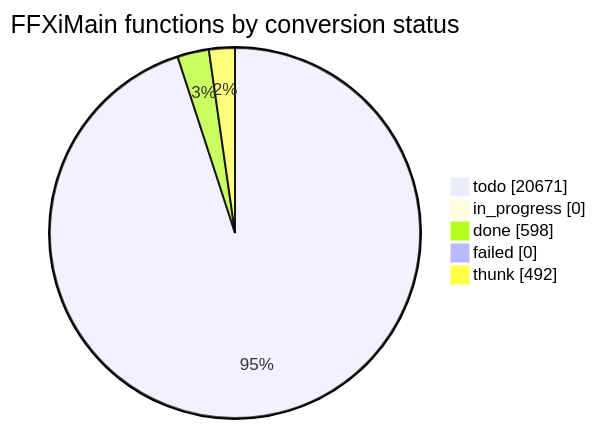
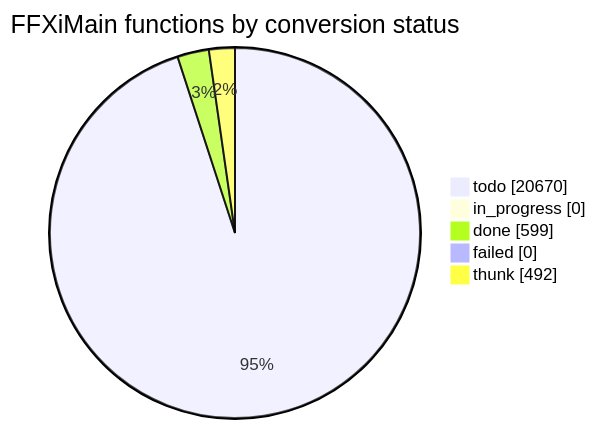
The diagram in docs/cow/STATUS.md (cowrevenge/cow_kuluu_xi_anything), drawn with Mermaid before and after one commit. The commit also changed other lines of this file and 9 other files, not shown here.

````diff
--- a/docs/cow/STATUS.md
+++ b/docs/cow/STATUS.md
@@ -18,9 +18,9 @@
 ```mermaid
 pie showData
     title FFXiMain functions by conversion status
-    "todo" : 20671
+    "todo" : 20670
     "in_progress" : 0
-    "done" : 598
+    "done" : 599
     "failed" : 0
     "thunk" : 492
 ```
````
